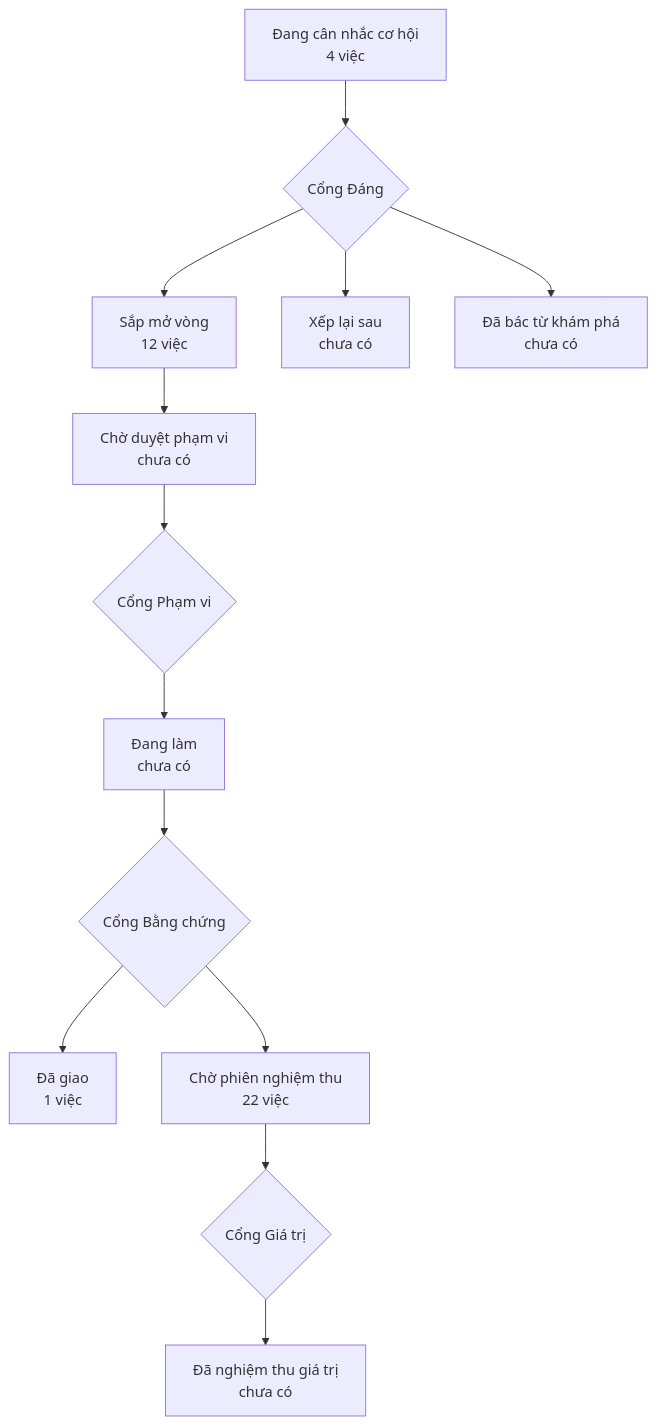
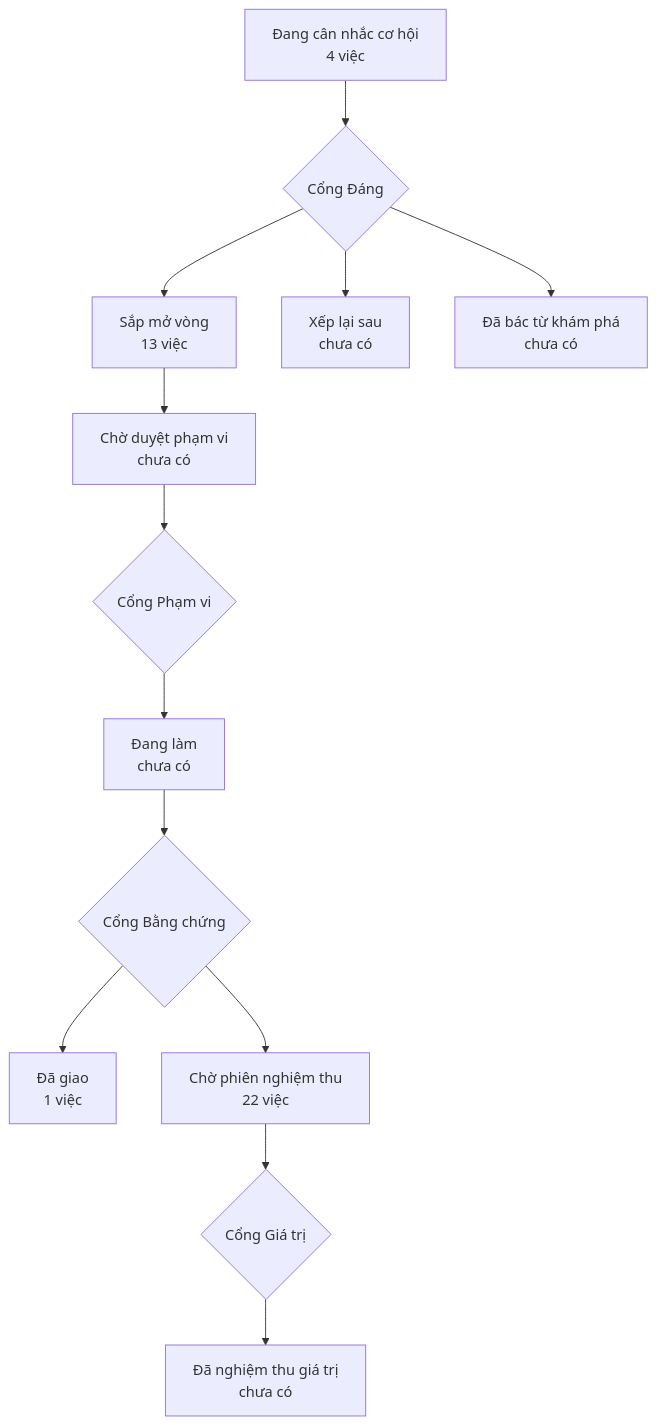
The diagram in PRODUCT-MAP.md (phanlemanh/onehub-inventory), drawn with Mermaid before and after one commit. The commit also changed other lines of this file and 1 other file, not shown here.

Commit message:
chore(plan): regenerate product map and roadmap after row 9e

````diff
--- a/PRODUCT-MAP.md
+++ b/PRODUCT-MAP.md
@@ -7,12 +7,12 @@
 ```mermaid
 flowchart TD
   A["Đang cân nhắc cơ hội<br/>4 việc"] --> GD{"Cổng Đáng"}
-  GD --> B["Sắp mở vòng<br/>12 việc"]
+  GD --> B["Sắp mở vòng<br/>13 việc"]
   GD --> XL["Xếp lại sau<br/>chưa có"]
   GD --> DB["Đã bác từ khám phá<br/>chưa có"]
   B --> CD["Chờ duyệt phạm vi<br/>chưa có"] --> GP{"Cổng Phạm vi"}
   GP --> DL["Đang làm<br/>chưa có"] --> GB{"Cổng Bằng chứng"}
   GB --> DG["Đã giao<br/>1 việc"]
   GB --> CN["Chờ phiên nghiệm thu<br/>22 việc"] --> GG{"Cổng Giá trị"}
   GG --> NT["Đã nghiệm thu giá trị<br/>chưa có"]
 ```
````
